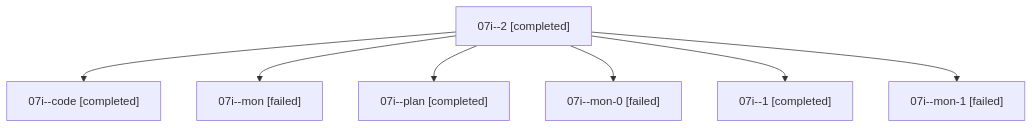
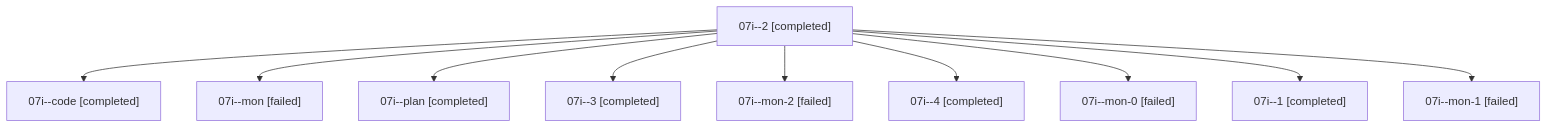
The diagram in families/bbugyi200.athena.07i.md (sase-org/sase--agents), drawn with Mermaid before and after one commit. The commit also changed other lines of this file and 199 other files, not shown here.

````diff
--- a/families/bbugyi200.athena.07i.md
+++ b/families/bbugyi200.athena.07i.md
@@ -9,16 +9,22 @@
 ```mermaid
 flowchart TD
   n0["07i--2 [completed]"]
   n1["07i--code [completed]"]
   n0 --> n1
   n2["07i--mon [failed]"]
   n0 --> n2
   n3["07i--plan [completed]"]
   n0 --> n3
-  n4["07i--mon-0 [failed]"]
+  n4["07i--3 [completed]"]
   n0 --> n4
-  n5["07i--1 [completed]"]
+  n5["07i--mon-2 [failed]"]
   n0 --> n5
-  n6["07i--mon-1 [failed]"]
+  n6["07i--4 [completed]"]
   n0 --> n6
+  n7["07i--mon-0 [failed]"]
+  n0 --> n7
+  n8["07i--1 [completed]"]
+  n0 --> n8
+  n9["07i--mon-1 [failed]"]
+  n0 --> n9
 ```
````
